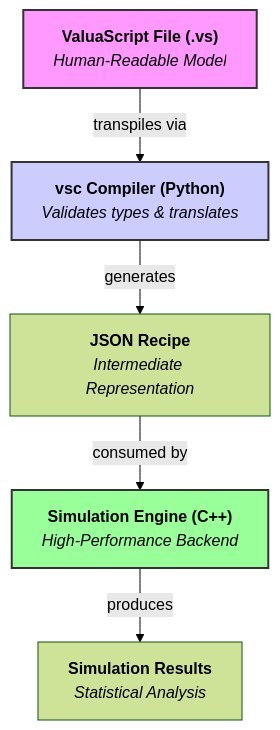
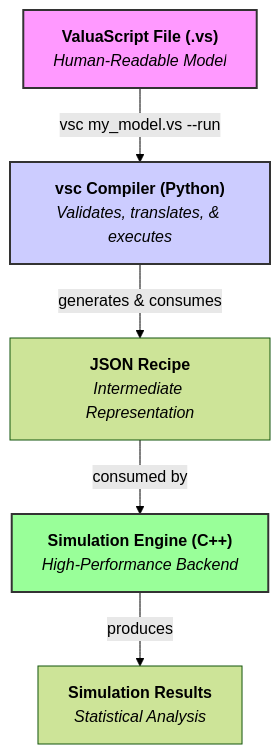
Before and after one commit to Alessio2704/monte-carlo-simulator: the diagram in README.md, drawn with Mermaid (forest theme). The commit also changed other lines of this file, not shown here.

````diff
--- a/README.md
+++ b/README.md
@@ -29,11 +29,11 @@
 ```mermaid
 graph TD;
-    A["<b>ValuaScript File (.vs)</b><br/><i>Human-Readable Model</i>"] -- transpiles via --> B["<b>vsc Compiler (Python)</b><br/><i>Validates types & translates</i>"];
-    B -- generates --> C["<b>JSON Recipe</b><br/><i>Intermediate Representation</i>"];
+    A["<b>ValuaScript File (.vs)</b><br/><i>Human-Readable Model</i>"] -- "vsc my_model.vs --run" --> B["<b>vsc Compiler (Python)</b><br/><i>Validates, translates, & executes</i>"];
+    B -- generates & consumes --> C["<b>JSON Recipe</b><br/><i>Intermediate Representation</i>"];
     C -- consumed by --> D["<b>Simulation Engine (C++)</b><br/><i>High-Performance Backend</i>"];
     D -- produces --> E["<b>Simulation Results</b><br/><i>Statistical Analysis</i>"];
 
     style A fill:#f9f,stroke:#333,stroke-width:2px
     style B fill:#ccf,stroke:#333,stroke-width:2px
     style D fill:#9f9,stroke:#333,stroke-width:2px
 ```
````
